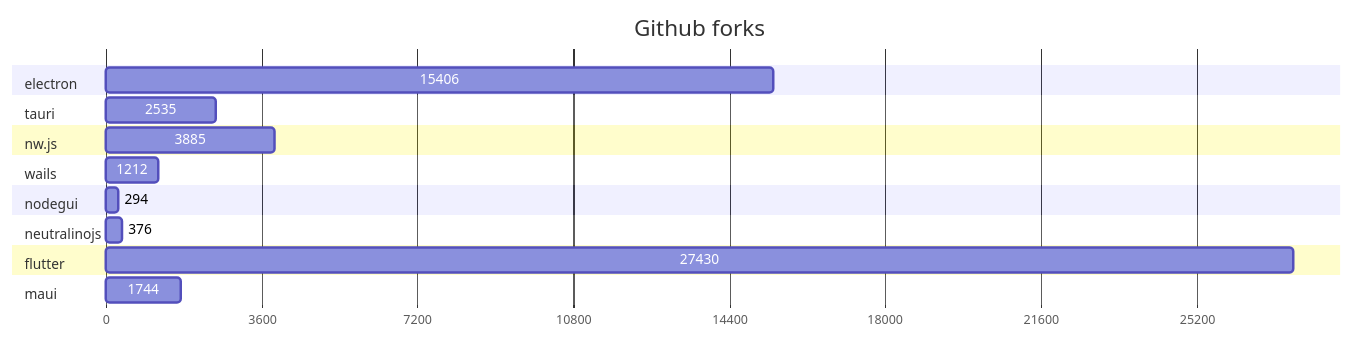
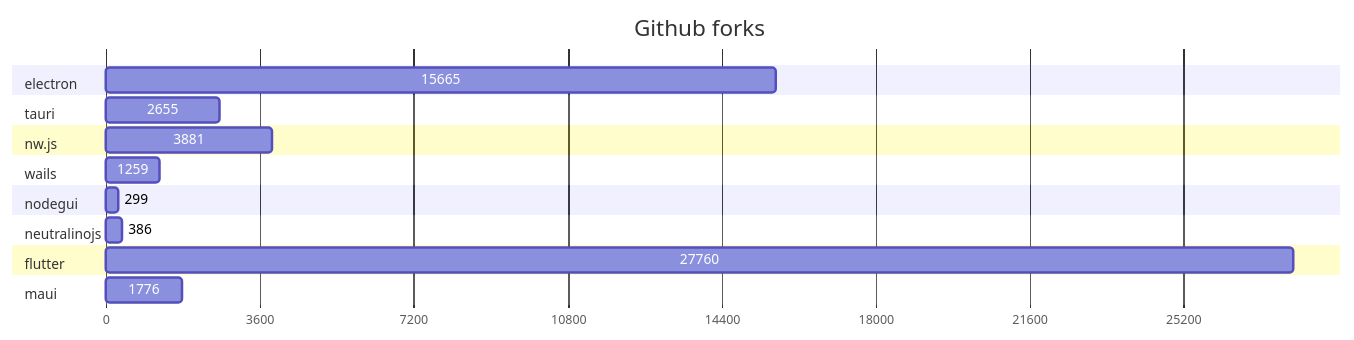
The second of 2 diagrams in GRAPHS.md (Elanis/web-to-desktop-framework-comparison), drawn with Mermaid before and after one commit. The commit also changed other lines of this file and 2 other files, not shown here.

Commit message:
Update stars & Fork

````diff
--- a/GRAPHS.md
+++ b/GRAPHS.md
@@ -47,40 +47,40 @@
 ```mermaid
 gantt
     title Github forks
     dateFormat  X
     axisFormat %s
 
 
 	section electron
-	15406 : 0, 15406
+	15665 : 0, 15665
 
 	
 	section tauri
-	2535 : 0, 2535
+	2655 : 0, 2655
 
 	
 	section nw.js
-	3885 : 0, 3885
+	3881 : 0, 3881
 
 	
 	section wails
-	1212 : 0, 1212
+	1259 : 0, 1259
 
 	
 	section nodegui
-	294 : 0, 294
+	299 : 0, 299
 
 	
 	section neutralinojs
-	376 : 0, 376
+	386 : 0, 386
 
 	
 	section flutter
-	27430 : 0, 27430
+	27760 : 0, 27760
 
 	
 	section maui
-	1744 : 0, 1744
+	1776 : 0, 1776
 
 	
 ```
````
